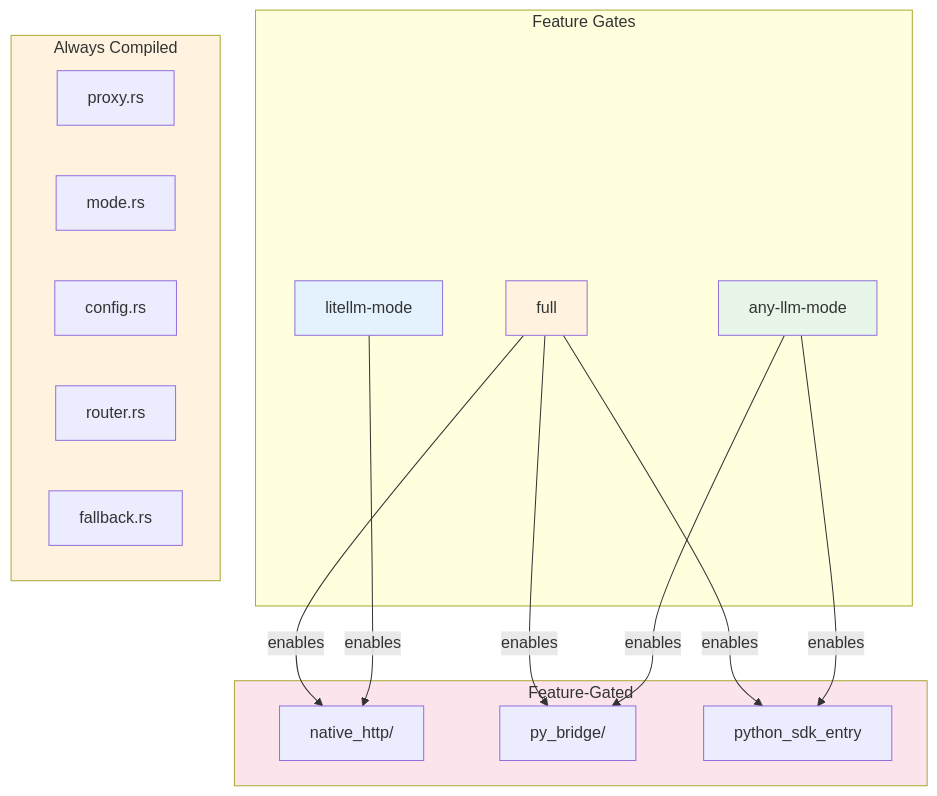
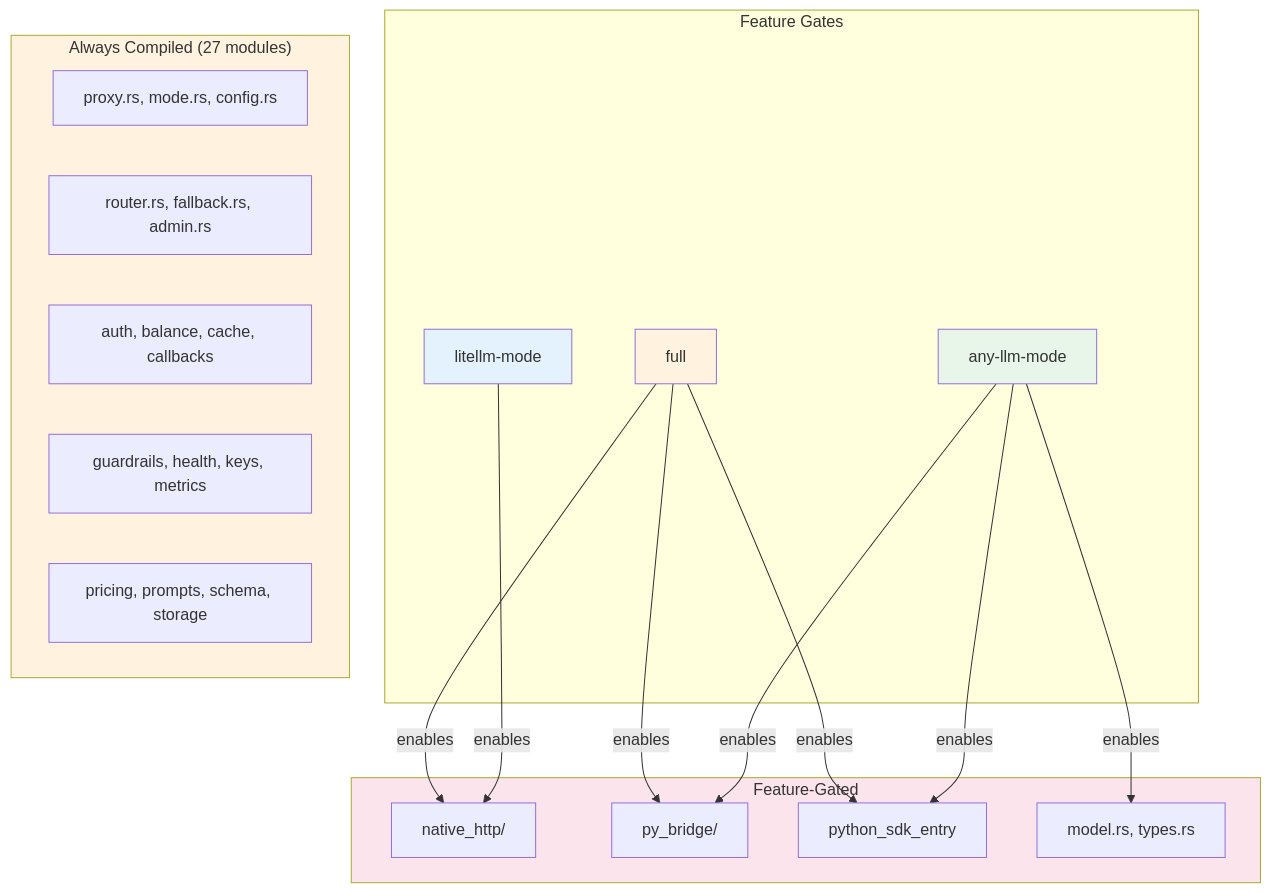
Before and after one commit to CipherOcto/cipherocto: the third of 19 diagrams in docs/architecture/quota-router-architecture.md, drawn with Mermaid. The commit also changed other lines of this file, not shown here.

Commit message:
Adversarial review R2: fix SDK function modes (22 rows), module count 26->27, add routing strategies section, annotate feature-gated modules

````diff
--- a/docs/architecture/quota-router-architecture.md
+++ b/docs/architecture/quota-router-architecture.md
@@ -142,35 +144,37 @@
 ```mermaid
 graph TD
     subgraph Features["Feature Gates"]
         F1["litellm-mode"]
         F2["any-llm-mode"]
         F3["full"]
     end
 
-    subgraph Always["Always Compiled"]
-        A1[proxy.rs]
-        A2[mode.rs]
-        A3[config.rs]
-        A4[router.rs]
-        A5[fallback.rs]
+    subgraph Always["Always Compiled (27 modules)"]
+        A1[proxy.rs, mode.rs, config.rs]
+        A2[router.rs, fallback.rs, admin.rs]
+        A3[auth, balance, cache, callbacks]
+        A4[guardrails, health, keys, metrics]
+        A5[pricing, prompts, schema, storage]
     end
 
     subgraph Gated["Feature-Gated"]
         G1[native_http/]
         G2[py_bridge/]
         G3[python_sdk_entry]
+        G4[model.rs, types.rs]
     end
 
     F1 -->|enables| G1
     F2 -->|enables| G2
     F2 -->|enables| G3
+    F2 -->|enables| G4
     F3 -->|enables| G1
     F3 -->|enables| G2
     F3 -->|enables| G3
 
     style F1 fill:#e3f2fd
     style F2 fill:#e8f5e9
     style F3 fill:#fff3e0
     style Always fill:#fff3e0
     style Gated fill:#fce4ec
 ```
````
